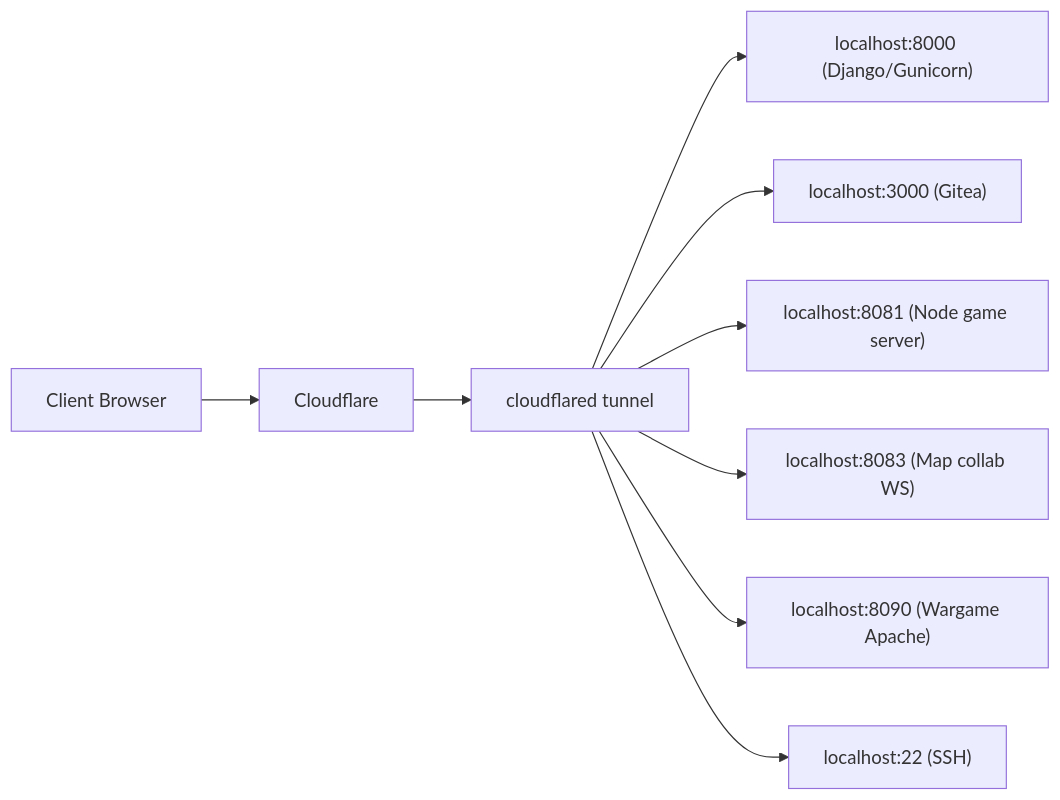
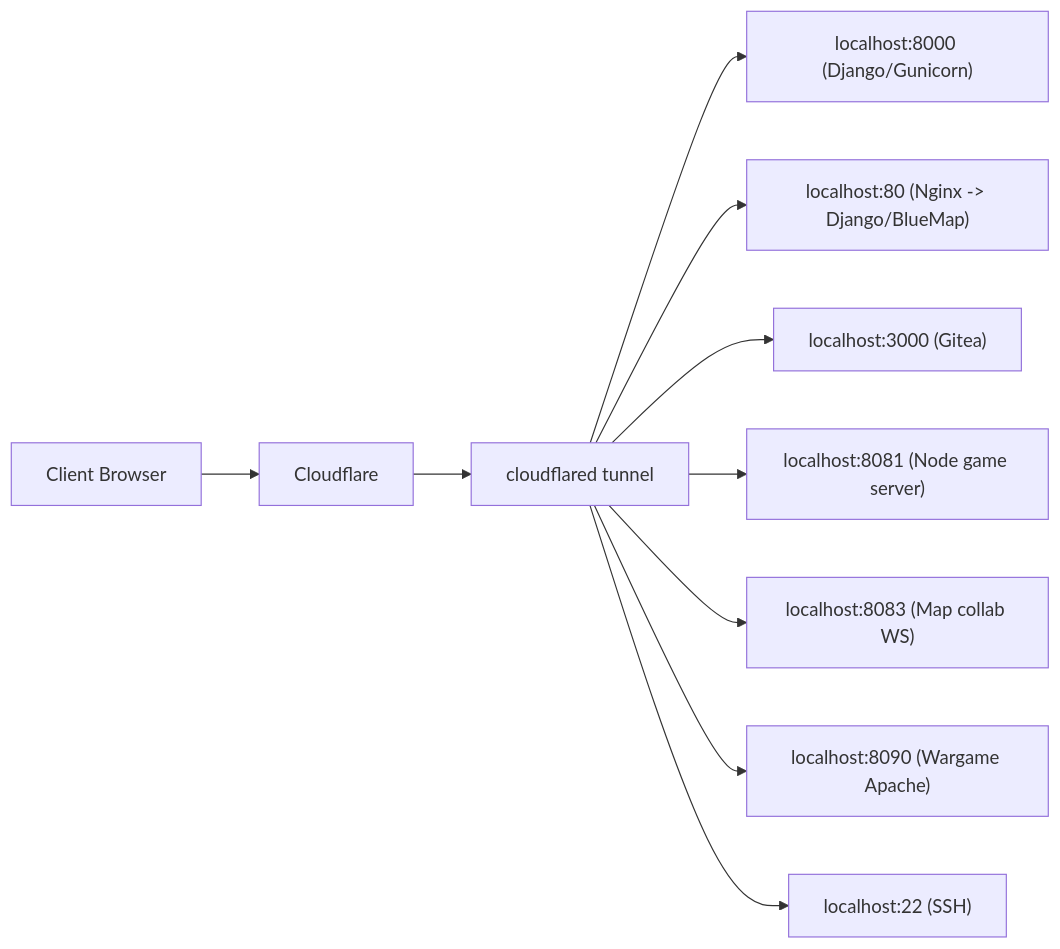
One commit to Adihang/Hanplanet changed the first of 2 diagrams in README.md. Above: the diagram before and after it, drawn with Mermaid. The commit also changed other lines of this file and 43 other files, not shown here.

Commit message:
Refine app layout and interaction flows

````diff
--- a/README.md
+++ b/README.md
@@ -36,11 +43,12 @@
 ```mermaid
 flowchart LR
   U["Client Browser"] --> CF["Cloudflare"]
   CF --> T["cloudflared tunnel"]
   T --> WWW["localhost:8000 (Django/Gunicorn)"]
+  T --> MC["localhost:80 (Nginx -> Django/BlueMap)"]
   T --> GIT["localhost:3000 (Gitea)"]
   T --> GAME["localhost:8081 (Node game server)"]
   T --> MAP["localhost:8083 (Map collab WS)"]
   T --> WG["localhost:8090 (Wargame Apache)"]
   T --> SSH["localhost:22 (SSH)"]
 ```
````
